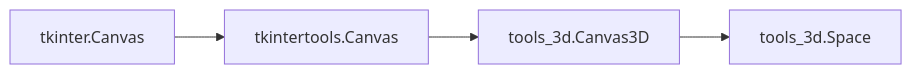
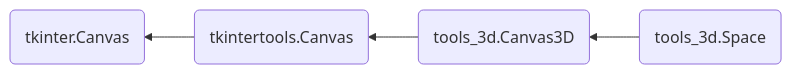
Before and after one commit to Xiaokang2022/tkintertools: the diagram in docs/tutorials/7-1.md, drawn with Mermaid.

Commit message:
docs: modified some details

````diff
--- a/docs/tutorials/7-1.md
+++ b/docs/tutorials/7-1.md
@@ -9,4 +9,9 @@
 ```mermaid
-flowchart LR
-    tkinter.Canvas --> tkintertools.Canvas --> tools_3d.Canvas3D --> tools_3d.Space
+flowchart RL
+    id1(tkinter.Canvas)
+    id2(tkintertools.Canvas)
+    id3(tools_3d.Canvas3D)
+    id4(tools_3d.Space)
+
+    id4 --> id3 --> id2 --> id1
 ```
````
